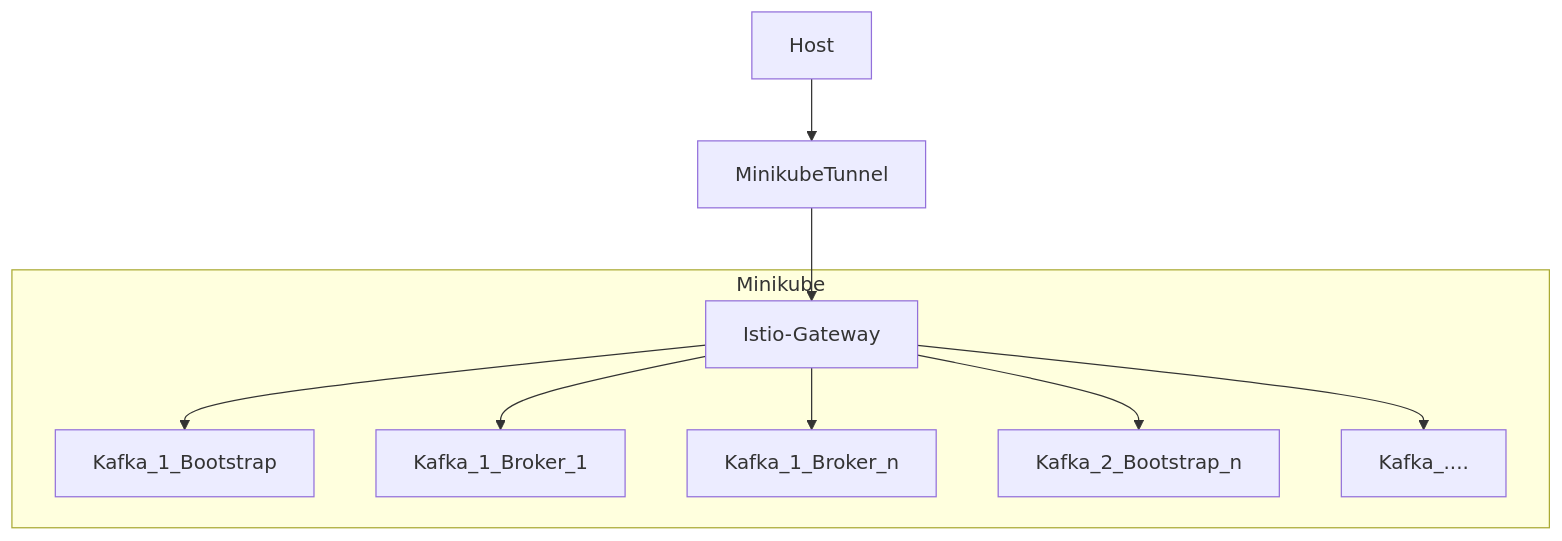
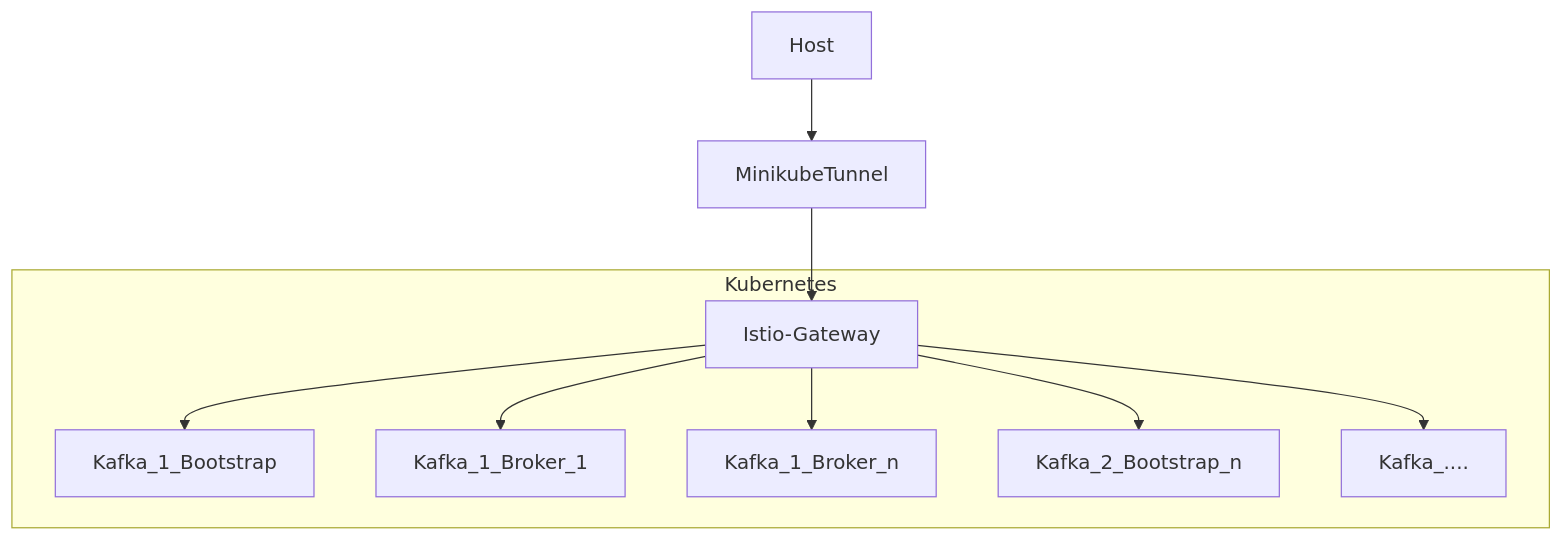
One commit to k-wall/-kafka_istio_ingress changed the diagram in README.md. Above: the diagram before and after it, drawn with Mermaid.

````diff
--- a/README.md
+++ b/README.md
@@ -11,12 +11,12 @@
 ```mermaid
 graph TD;
     Host-->MinikubeTunnel;
     MinikubeTunnel-->Istio-Gateway;
-    subgraph Minikube
+    subgraph Kubernetes
     Istio-Gateway-->Kafka_1_Bootstrap;
     Istio-Gateway-->Kafka_1_Broker_1;
     Istio-Gateway-->Kafka_1_Broker_n;
     Istio-Gateway-->Kafka_2_Bootstrap_n;
     Istio-Gateway-->Kafka_....;
     end
 ```
````
